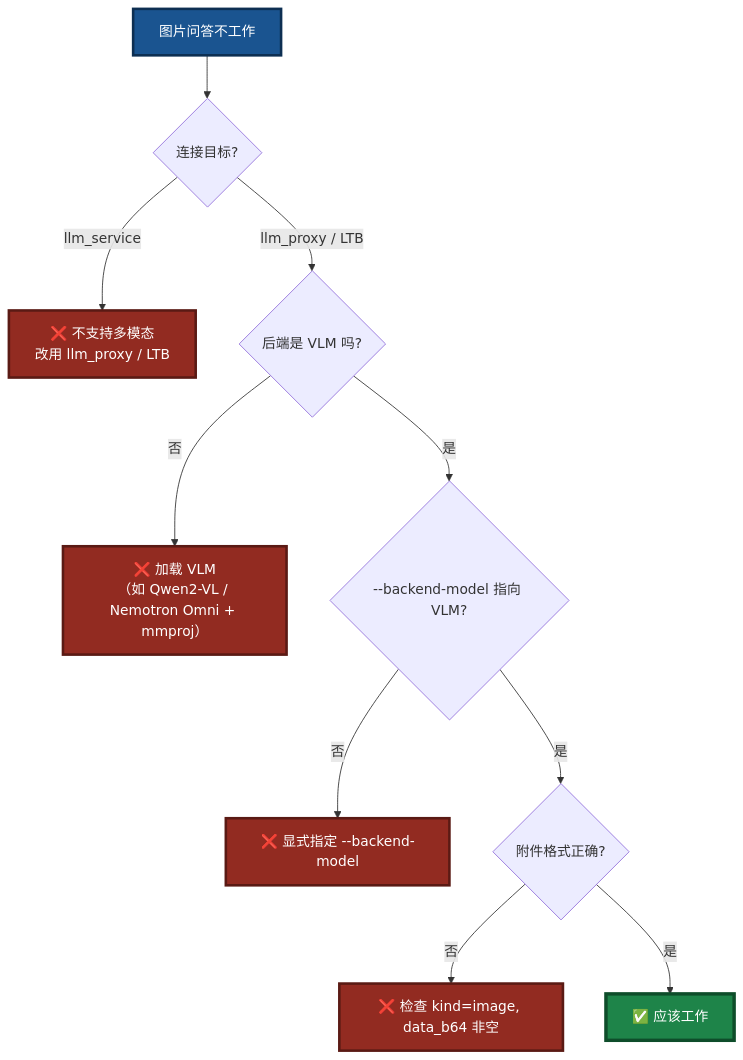
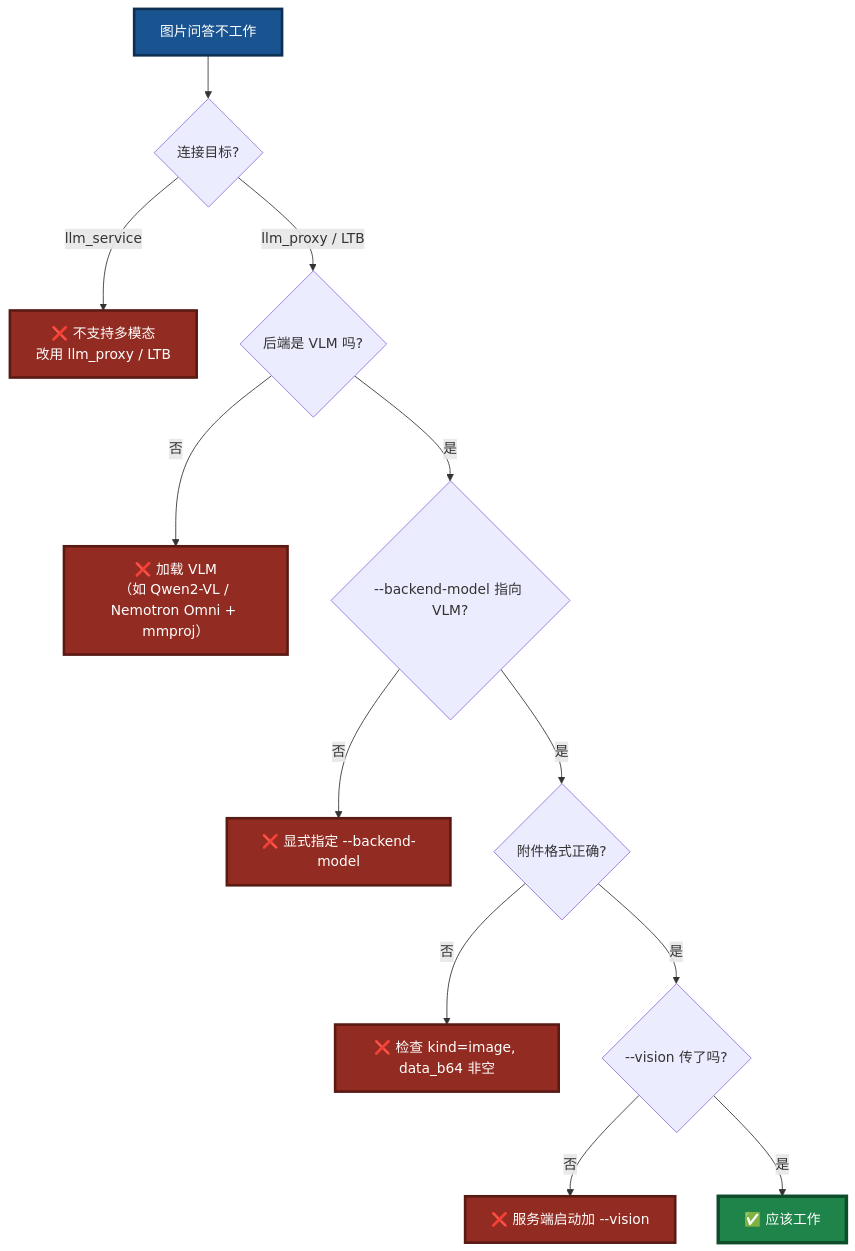
One commit to PassByYou888/LingoFuse-pasAgent-v3 changed diagram 18 of 19 in src/LingoFuse_LLM_Ecosystem_User_Guide.md. Above: the diagram before and after it, drawn with Mermaid. The commit also changed other lines of this file and 83 other files, not shown here.

````diff
--- a/src/LingoFuse_LLM_Ecosystem_User_Guide.md
+++ b/src/LingoFuse_LLM_Ecosystem_User_Guide.md
@@ -816,19 +814,22 @@
 ```mermaid
 flowchart TD
     START["图片问答不工作"] --> Q1{"连接目标?"}
     Q1 -->|"llm_service"| X1["❌ 不支持多模态<br/>改用 llm_proxy / LTB"]
     Q1 -->|"llm_proxy / LTB"| Q2{"后端是 VLM 吗?"}
     Q2 -->|否| X2["❌ 加载 VLM<br/>（如 Qwen2-VL / Nemotron Omni + mmproj）"]
     Q2 -->|是| Q3{"--backend-model 指向 VLM?"}
     Q3 -->|否| X3["❌ 显式指定 --backend-model"]
     Q3 -->|是| Q4{"附件格式正确?"}
     Q4 -->|否| X4["❌ 检查 kind=image, data_b64 非空"]
-    Q4 -->|是| OK["✅ 应该工作"]
+    Q4 -->|是| Q5{"--vision 传了吗?"}
+    Q5 -->|否| X5["❌ 服务端启动加 --vision"]
+    Q5 -->|是| OK["✅ 应该工作"]
 
     style START fill:#1A5490,stroke:#0D2F52,stroke-width:3px,color:#FFFFFF
     style X1 fill:#922B21,stroke:#5A1A14,stroke-width:3px,color:#FFFFFF
     style X2 fill:#922B21,stroke:#5A1A14,stroke-width:3px,color:#FFFFFF
     style X3 fill:#922B21,stroke:#5A1A14,stroke-width:3px,color:#FFFFFF
     style X4 fill:#922B21,stroke:#5A1A14,stroke-width:3px,color:#FFFFFF
+    style X5 fill:#922B21,stroke:#5A1A14,stroke-width:3px,color:#FFFFFF
     style OK fill:#1E8449,stroke:#0E4D2A,stroke-width:4px,color:#FFFFFF
 ```
````
